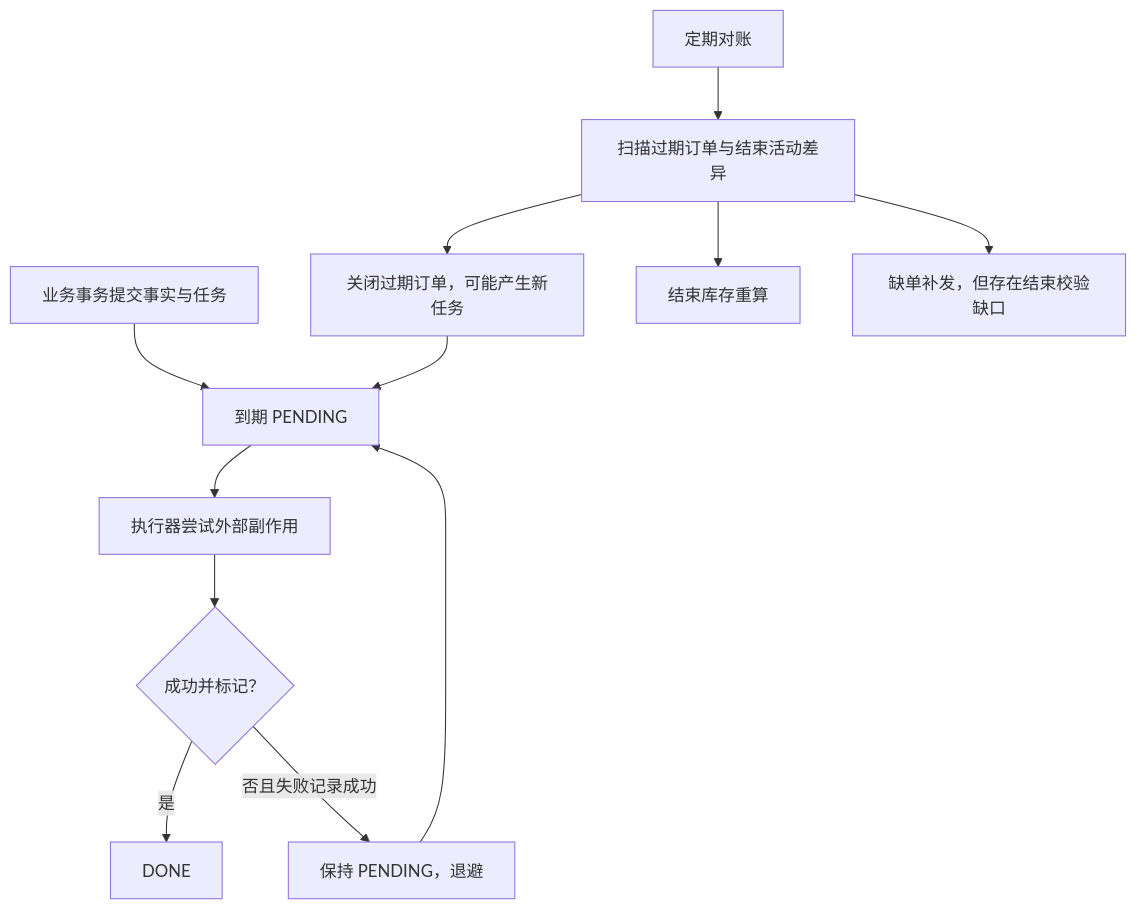
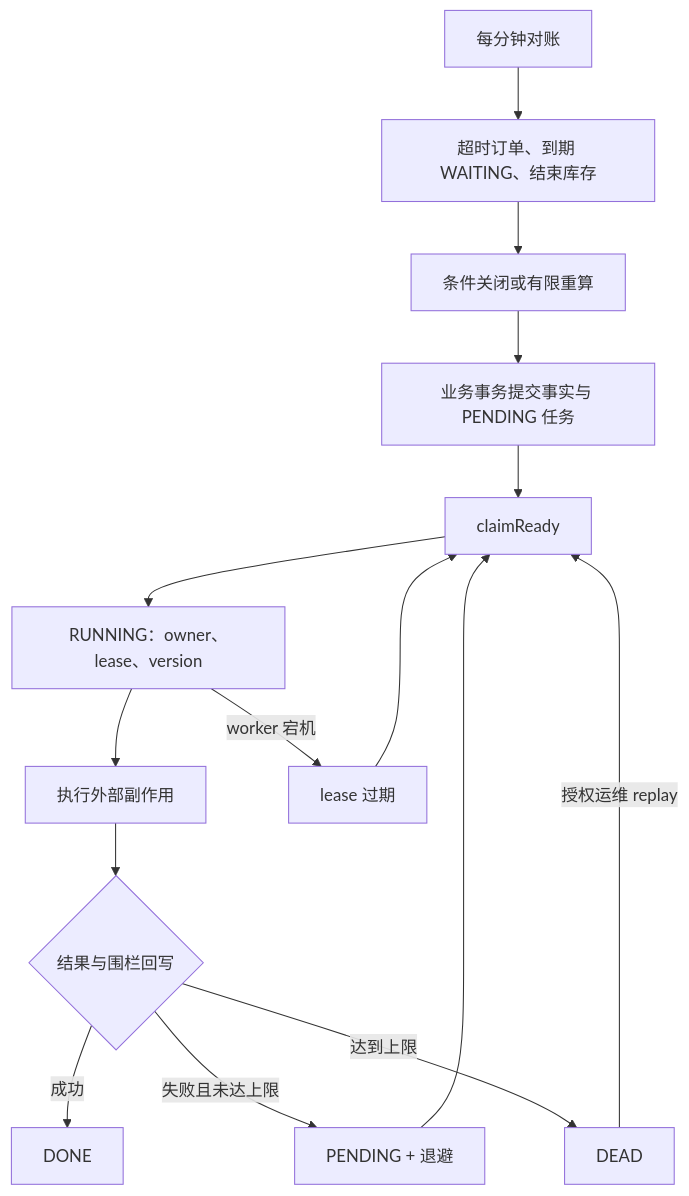
One commit to SyH-101/citypass-platform changed the sixth of 13 diagrams in 04-最终一致性与缓存治理.md. Above: the diagram before and after it, drawn with Mermaid. The commit also changed other lines of this file and 1 other file, not shown here.

````diff
--- a/04-最终一致性与缓存治理.md
+++ b/04-最终一致性与缓存治理.md
@@ -707,14 +681,17 @@
 ```mermaid
 flowchart TD
-    A["业务事务提交事实与任务"] --> B["到期 PENDING"]
-    B --> C["执行器尝试外部副作用"]
-    C --> D{"成功并标记？"}
-    D -->|是| E["DONE"]
-    D -->|否且失败记录成功| F["保持 PENDING，退避"]
-    F --> B
-    G["定期对账"] --> H["扫描过期订单与结束活动差异"]
-    H --> I["关闭过期订单，可能产生新任务"]
+    A["业务事务提交事实与 PENDING 任务"] --> B["claimReady"]
+    B --> C["RUNNING：owner、lease、version"]
+    C --> D["执行外部副作用"]
+    D --> E{"结果与围栏回写"}
+    E -->|成功| F["DONE"]
+    E -->|失败且未达上限| G["PENDING + 退避"]
+    G --> B
+    E -->|达到上限| H["DEAD"]
+    H -->|授权运维 replay| B
+    C -->|worker 宕机| I["lease 过期"]
     I --> B
-    H --> J["结束库存重算"]
-    H --> K["缺单补发，但存在结束校验缺口"]
+    J["每分钟对账"] --> K["超时订单、到期 WAITING、结束库存"]
+    K --> L["条件关闭或有限重算"]
+    L --> A
 ```
````
